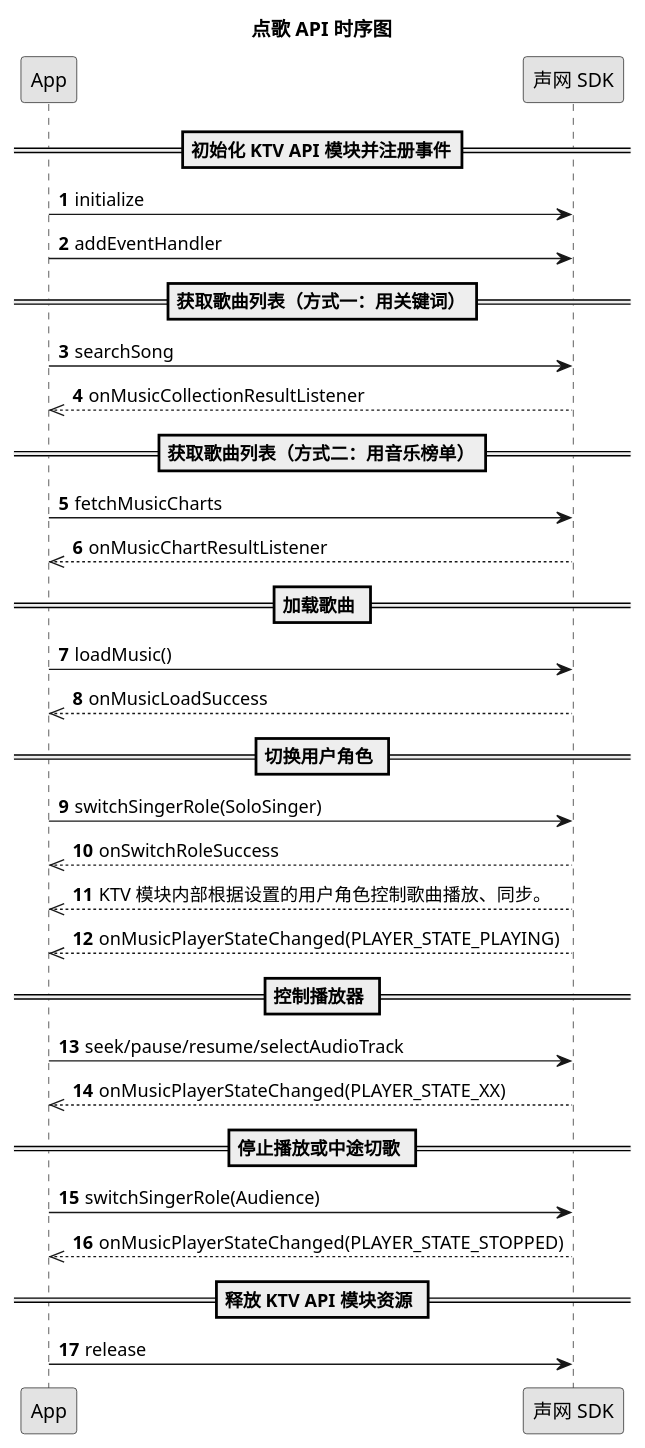
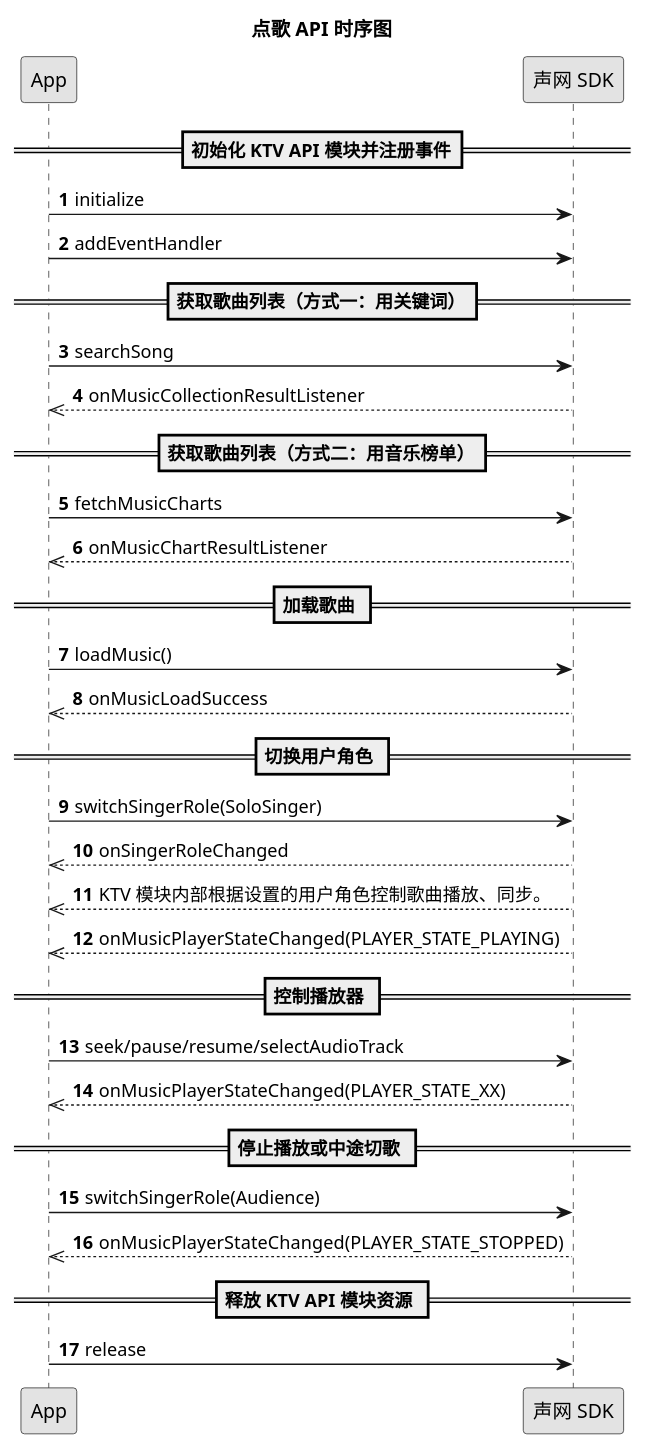
Before and after one commit to AgoraIO/agora_doc_source: the diagram in markdown/online-ktv/改进/场景化方案/Android/实现文档/点歌.wsd, drawn with PlantUML. The commit also changed 3 other files, not shown here.

```diff
--- a/markdown/online-ktv/改进/场景化方案/Android/实现文档/点歌.wsd
+++ b/markdown/online-ktv/改进/场景化方案/Android/实现文档/点歌.wsd
@@ -1,32 +1,32 @@
 @startuml
 title 点歌 API 时序图
 autonumber
 skinparam monochrome true
 participant "App" as a
 participant "声网 SDK" as b
 == 初始化 KTV API 模块并注册事件==
 a -> b: initialize
 a ->b: addEventHandler
 == 获取歌曲列表（方式一：用关键词）==
 a -> b: searchSong
 b -->> a: onMusicCollectionResultListener
 == 获取歌曲列表（方式二：用音乐榜单）==
 a -> b: fetchMusicCharts
 b -->> a: onMusicChartResultListener
 == 加载歌曲 ==
 a -> b: loadMusic()
 b -->> a: onMusicLoadSuccess
 == 切换用户角色 ==
 a -> b: switchSingerRole(SoloSinger)
-b -->> a:onSwitchRoleSuccess
+b -->> a:onSingerRoleChanged
 b -->> a: KTV 模块内部根据设置的用户角色控制歌曲播放、同步。
 b -->> a:onMusicPlayerStateChanged(PLAYER_STATE_PLAYING)
 == 控制播放器 ==
 a ->b: seek/pause/resume/selectAudioTrack
 b -->> a: onMusicPlayerStateChanged(PLAYER_STATE_XX)
 == 停止播放或中途切歌 ==
 a -> b:switchSingerRole(Audience)
 b -->> a: onMusicPlayerStateChanged(PLAYER_STATE_STOPPED)
 == 释放 KTV API 模块资源 ==
 a ->b: release
 @enduml
```
